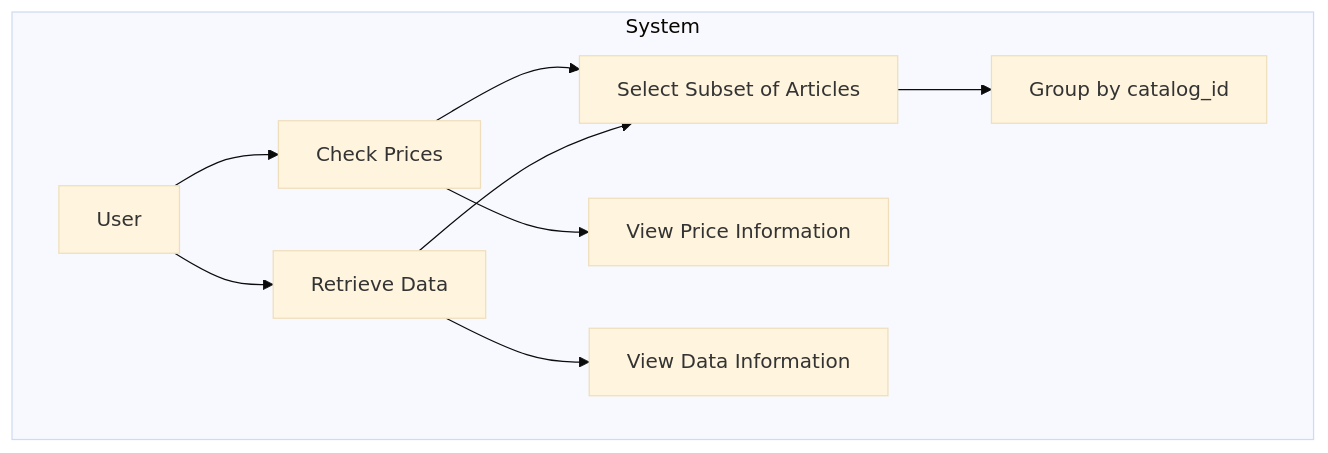
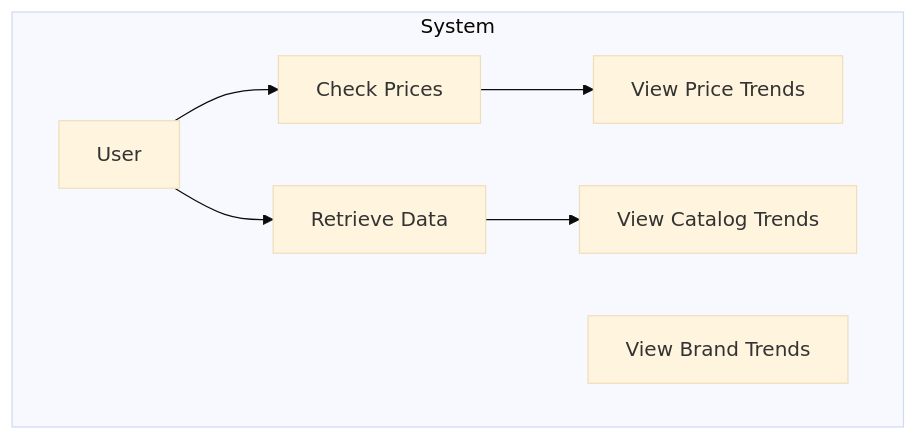
The first of 6 diagrams in miguelsilva/_build/html/_sources/01_Vinted_Data_Engineering/02_pipeline_design.md (miguelsiloli/Jupyterbook), drawn with Mermaid (base theme) before and after one commit. The commit also changed 51 other files, not shown here.

````diff
--- a/miguelsilva/_build/html/_sources/01_Vinted_Data_Engineering/02_pipeline_design.md
+++ b/miguelsilva/_build/html/_sources/01_Vinted_Data_Engineering/02_pipeline_design.md
@@ -10,24 +10,19 @@
 ```{mermaid}
 graph TD
     actor[User]
 
     subgraph System
         A[Check Prices]
         B[Retrieve Data]
-        C[Select Subset of Articles]
-        D[View Price Information]
-        E[View Data Information]
-        F[Group by catalog_id]
+        C[View Brand Trends]
+        D[View Price Trends]
+        E[View Catalog Trends]
 
         actor --> A
         actor --> B
         
-        A --> C
         A --> D
         
-        B --> C
         B --> E
-        
-        C --> F
     end
 ```
````
